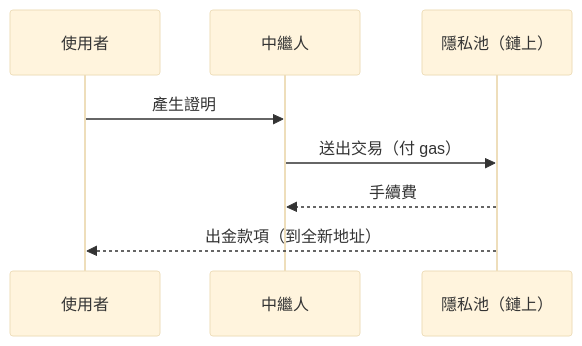
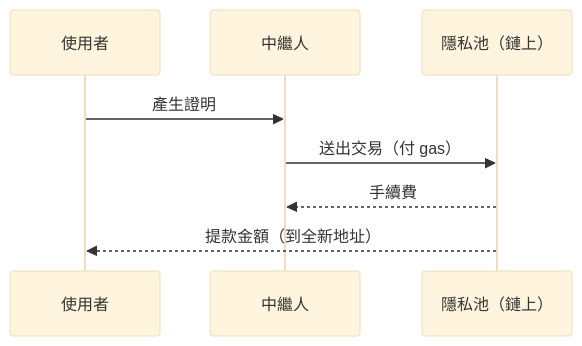
Before and after one commit to ChihChengLiang/notes: the seventh of 7 diagrams in notes/2026-07-27_privacy_pools/slides.md, drawn with Mermaid (base theme). The commit also changed other lines of this file, not shown here.

````diff
--- a/notes/2026-07-27_privacy_pools/slides.md
+++ b/notes/2026-07-27_privacy_pools/slides.md
@@ -324,11 +324,11 @@
 ```mermaid
 sequenceDiagram
     participant User as 使用者
     participant Relayer as 中繼人
     participant Pool as 隱私池（鏈上）
 
     User->>Relayer: 產生證明
     Relayer->>Pool: 送出交易（付 gas）
     Pool-->>Relayer: 手續費
-    Pool-->>User: 出金款項（到全新地址）
+    Pool-->>User: 提款金額（到全新地址）
 ```
````
